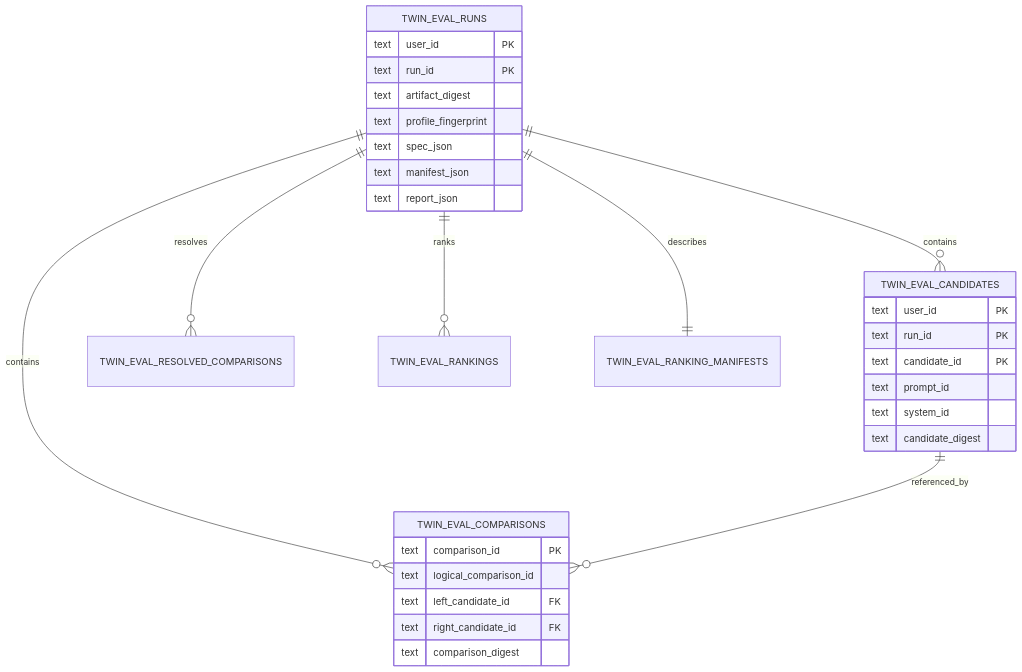
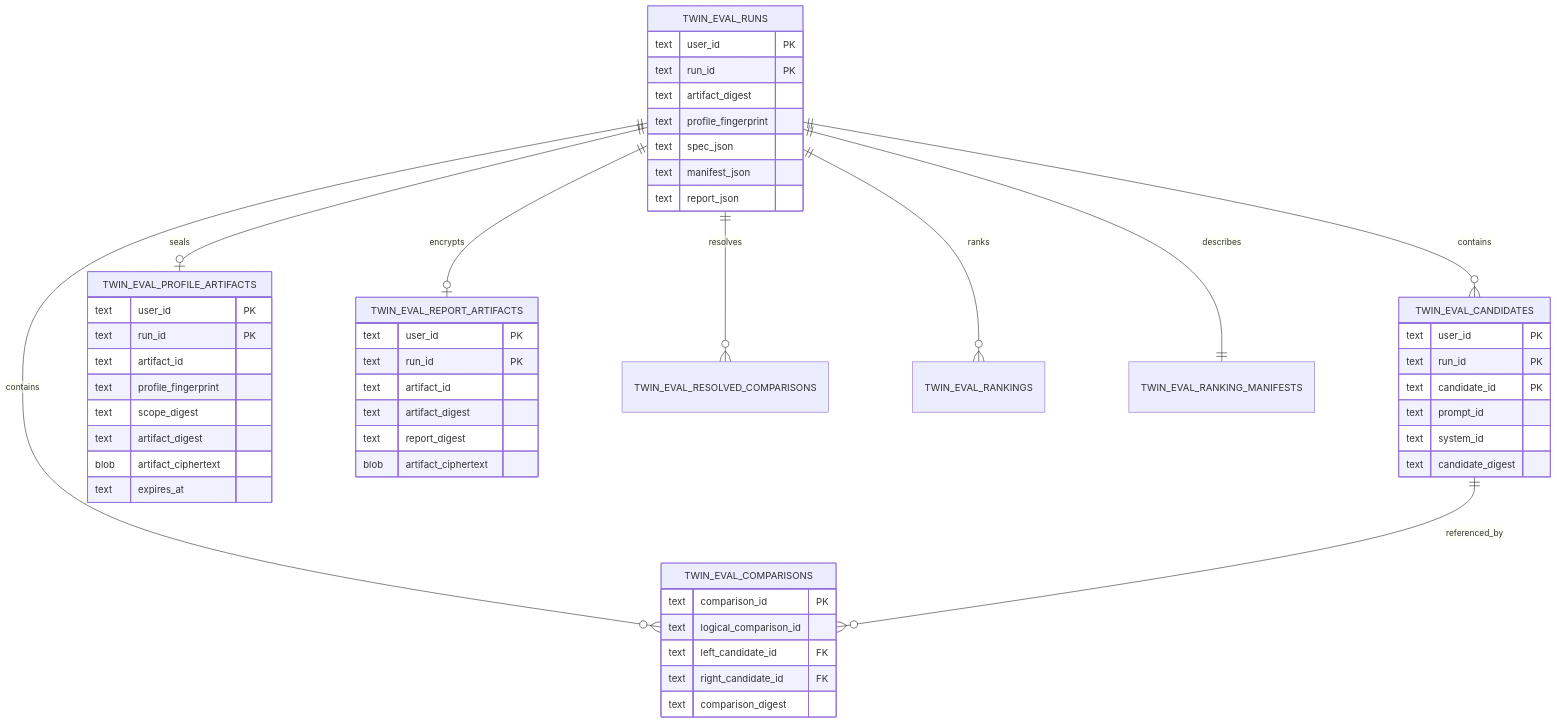
The fourth of 8 diagrams in docs/PAIRWISE_TWIN_INTEGRATION_GUIDE.md (sarptandoven/cortex-app), drawn with Mermaid before and after one commit. The commit also changed other lines of this file and 51 other files, not shown here.

````diff
--- a/docs/PAIRWISE_TWIN_INTEGRATION_GUIDE.md
+++ b/docs/PAIRWISE_TWIN_INTEGRATION_GUIDE.md
@@ -473,34 +515,54 @@
 ```mermaid
 erDiagram
     TWIN_EVAL_RUNS ||--o{ TWIN_EVAL_CANDIDATES : contains
+    TWIN_EVAL_RUNS ||--o| TWIN_EVAL_PROFILE_ARTIFACTS : seals
+    TWIN_EVAL_RUNS ||--o| TWIN_EVAL_REPORT_ARTIFACTS : encrypts
     TWIN_EVAL_RUNS ||--o{ TWIN_EVAL_COMPARISONS : contains
     TWIN_EVAL_RUNS ||--o{ TWIN_EVAL_RESOLVED_COMPARISONS : resolves
     TWIN_EVAL_RUNS ||--o{ TWIN_EVAL_RANKINGS : ranks
     TWIN_EVAL_RUNS ||--|| TWIN_EVAL_RANKING_MANIFESTS : describes
     TWIN_EVAL_CANDIDATES ||--o{ TWIN_EVAL_COMPARISONS : referenced_by
 
     TWIN_EVAL_RUNS {
         text user_id PK
         text run_id PK
         text artifact_digest
         text profile_fingerprint
         text spec_json
         text manifest_json
         text report_json
     }
     TWIN_EVAL_CANDIDATES {
         text user_id PK
         text run_id PK
         text candidate_id PK
         text prompt_id
         text system_id
         text candidate_digest
     }
+    TWIN_EVAL_PROFILE_ARTIFACTS {
+        text user_id PK
+        text run_id PK
+        text artifact_id
+        text profile_fingerprint
+        text scope_digest
+        text artifact_digest
+        blob artifact_ciphertext
+        text expires_at
+    }
+    TWIN_EVAL_REPORT_ARTIFACTS {
+        text user_id PK
+        text run_id PK
+        text artifact_id
+        text artifact_digest
+        text report_digest
+        blob artifact_ciphertext
+    }
     TWIN_EVAL_COMPARISONS {
         text comparison_id PK
         text logical_comparison_id
         text left_candidate_id FK
         text right_candidate_id FK
         text comparison_digest
     }
 ```
````
